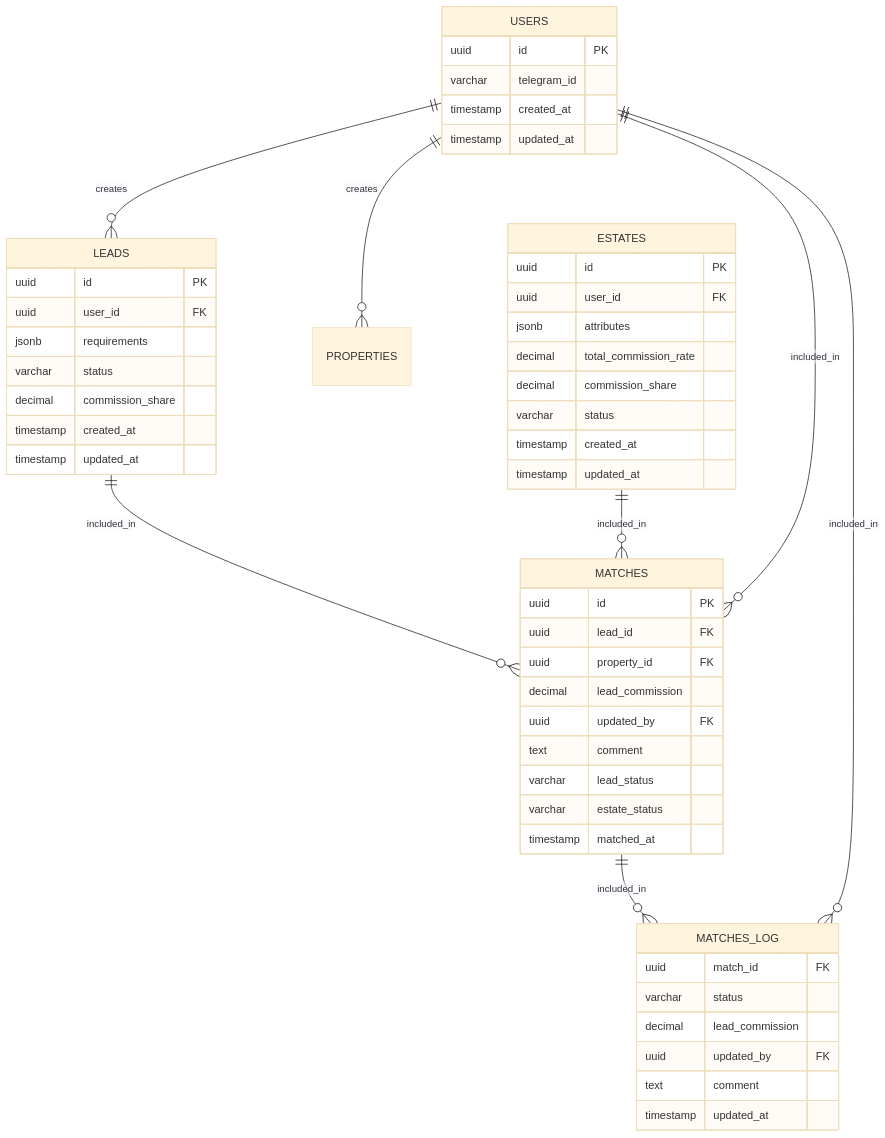
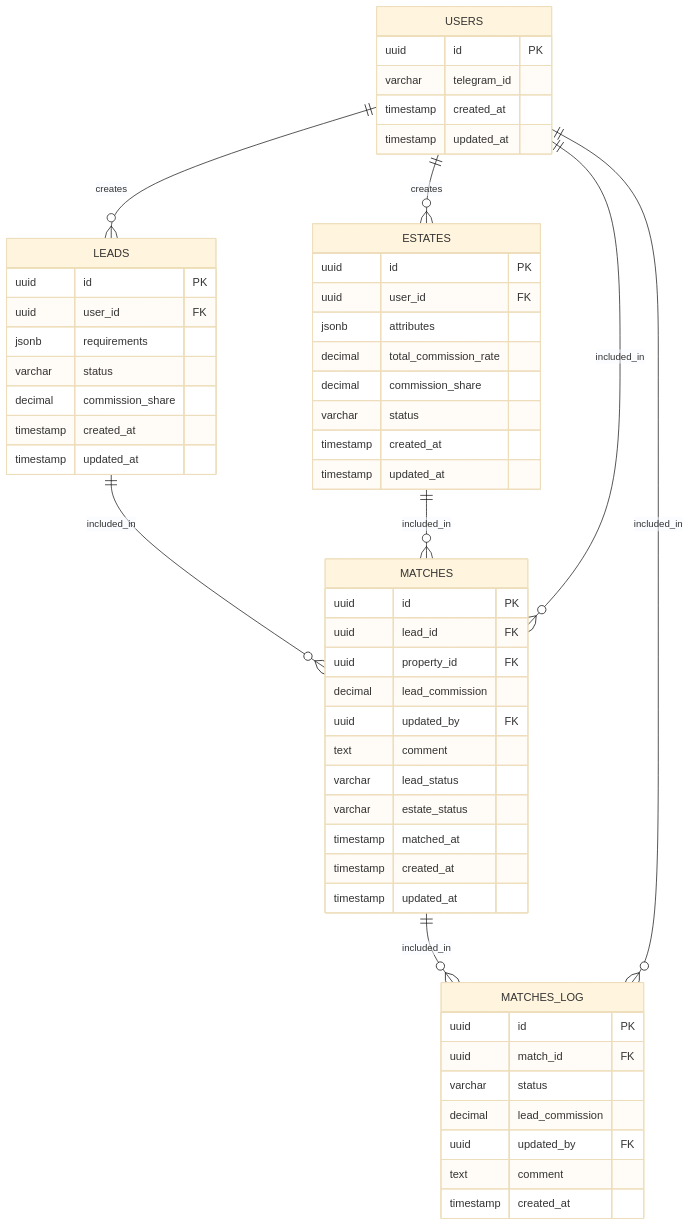
The third of 3 diagrams in design/architecture.md (lead-exchange/docs), drawn with Mermaid (base theme) before and after one commit.

Commit message:
fix(architecture): architecture.md fix

````diff
--- a/design/architecture.md
+++ b/design/architecture.md
@@ -162,59 +162,62 @@
 ```mermaid
 erDiagram
     USERS ||--o{ LEADS : creates
-    USERS ||--o{ PROPERTIES : creates
+    USERS ||--o{ ESTATES : creates
     LEADS ||--o{ MATCHES : included_in
     ESTATES ||--o{ MATCHES : included_in
     MATCHES ||--o{ MATCHES_LOG : included_in
     USERS ||--o{ MATCHES_LOG : included_in
     USERS ||--o{ MATCHES : included_in
     
     USERS {
         uuid id PK
         varchar telegram_id
         timestamp created_at
         timestamp updated_at
     }
     
     LEADS {
         uuid id PK
         uuid user_id FK
         jsonb requirements
         varchar status
         decimal commission_share
         timestamp created_at
         timestamp updated_at
     }
     
     ESTATES {
         uuid id PK
         uuid user_id FK
         jsonb attributes
         decimal total_commission_rate
         decimal commission_share
         varchar status
         timestamp created_at
         timestamp updated_at
     }
     
     MATCHES {
         uuid id PK
         uuid lead_id FK
         uuid property_id FK
         decimal lead_commission
         uuid updated_by FK
         text comment
         varchar lead_status
         varchar estate_status
         timestamp matched_at
+        timestamp created_at
+        timestamp updated_at
     }
     
     MATCHES_LOG {
-    uuid match_id FK
-    varchar status
-    decimal lead_commission
-    uuid updated_by FK
-    text comment
-    timestamp updated_at
+        uuid id PK
+        uuid match_id FK
+        varchar status
+        decimal lead_commission
+        uuid updated_by FK
+        text comment
+        timestamp created_at
     }
 ```
````
